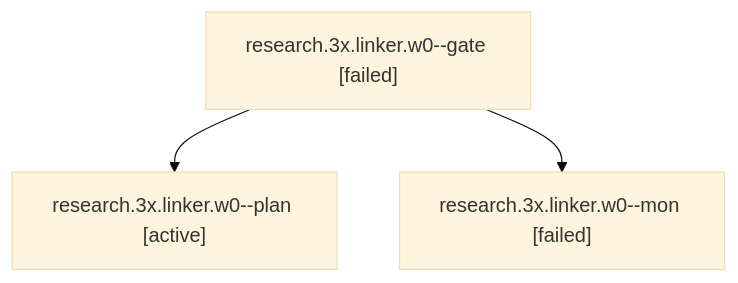
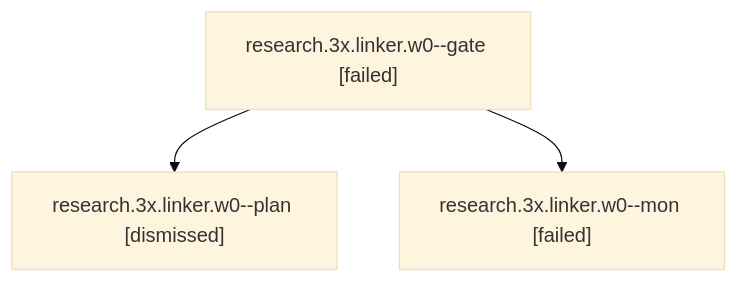
Before and after one commit to bobs-org/bob-cli--agents: the diagram in sessions/bbugyi200.athena.research.3x.linker.w0.md, drawn with Mermaid (base theme). The commit also changed other lines of this file and 590 other files, not shown here.

````diff
--- a/sessions/bbugyi200.athena.research.3x.linker.w0.md
+++ b/sessions/bbugyi200.athena.research.3x.linker.w0.md
@@ -9,8 +9,8 @@
 ```mermaid
 flowchart TD
   n0["research.3x.linker.w0--gate [failed]"]
-  n1["research.3x.linker.w0--plan [active]"]
+  n1["research.3x.linker.w0--plan [dismissed]"]
   n0 --> n1
   n2["research.3x.linker.w0--mon [failed]"]
   n0 --> n2
 ```
````
